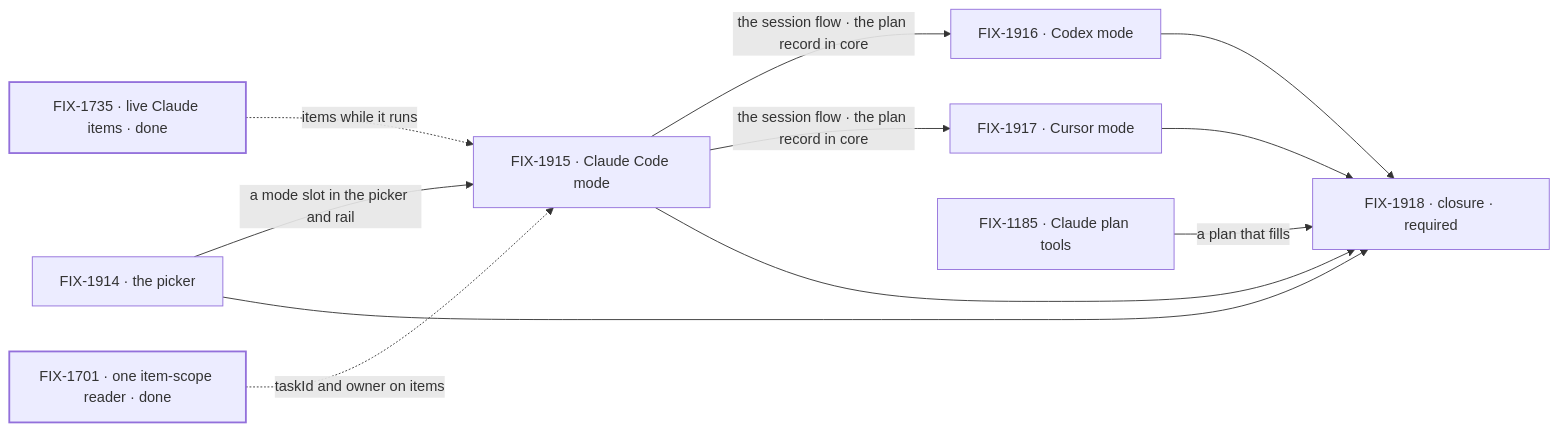
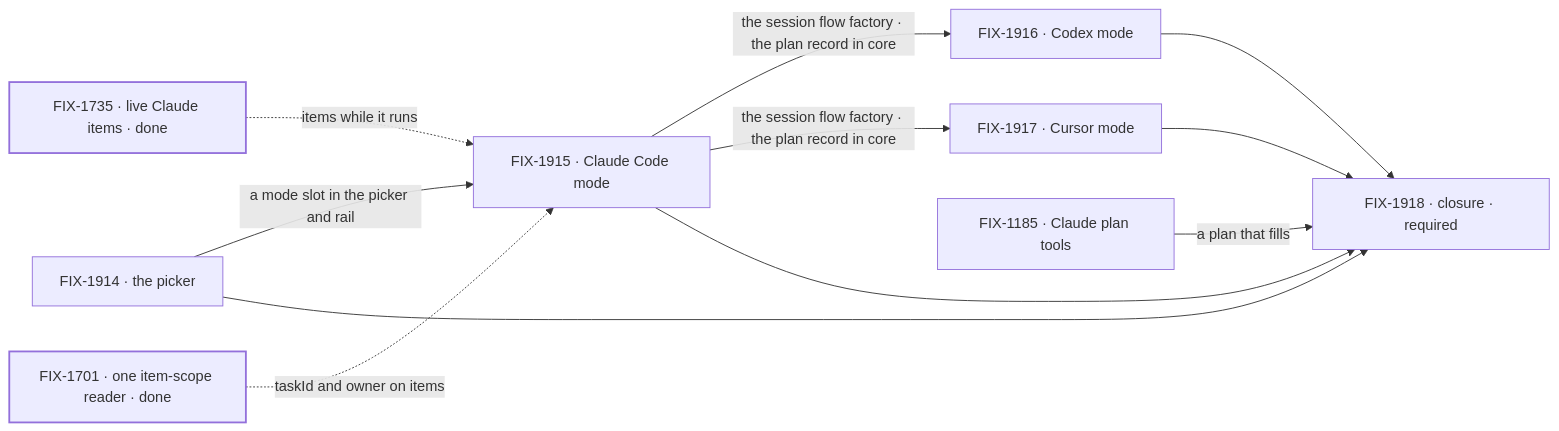
The second of 2 diagrams in specs/epics/FIX-1907/SPEC.md (fixpoint-labs/flow-state-dev), drawn with Mermaid before and after one commit. The commit also changed other lines of this file and 6 other files, not shown here.

First line of the commit message:
spec(FIX-1907): amend ER-6 to one session flow factory, one flow kind per harness

````diff
--- a/specs/epics/FIX-1907/SPEC.md
+++ b/specs/epics/FIX-1907/SPEC.md
@@ -90,15 +90,15 @@
 ```mermaid
 flowchart LR
   I1["FIX-1735 · live Claude items · done"] -.->|"items while it runs"| B
   I2["FIX-1701 · one item-scope reader · done"] -.->|"taskId and owner on items"| B
   A["FIX-1914 · the picker"] -->|"a mode slot in the picker and rail"| B["FIX-1915 · Claude Code mode"]
-  B -->|"the session flow · the plan record in core"| C["FIX-1916 · Codex mode"]
-  B -->|"the session flow · the plan record in core"| D["FIX-1917 · Cursor mode"]
+  B -->|"the session flow factory · the plan record in core"| C["FIX-1916 · Codex mode"]
+  B -->|"the session flow factory · the plan record in core"| D["FIX-1917 · Cursor mode"]
   E["FIX-1185 · Claude plan tools"] -->|"a plan that fills"| Z["FIX-1918 · closure · required"]
   A --> Z
   B --> Z
   C --> Z
   D --> Z
   classDef done stroke-width:2px
   class I1,I2 done
 ```
````
